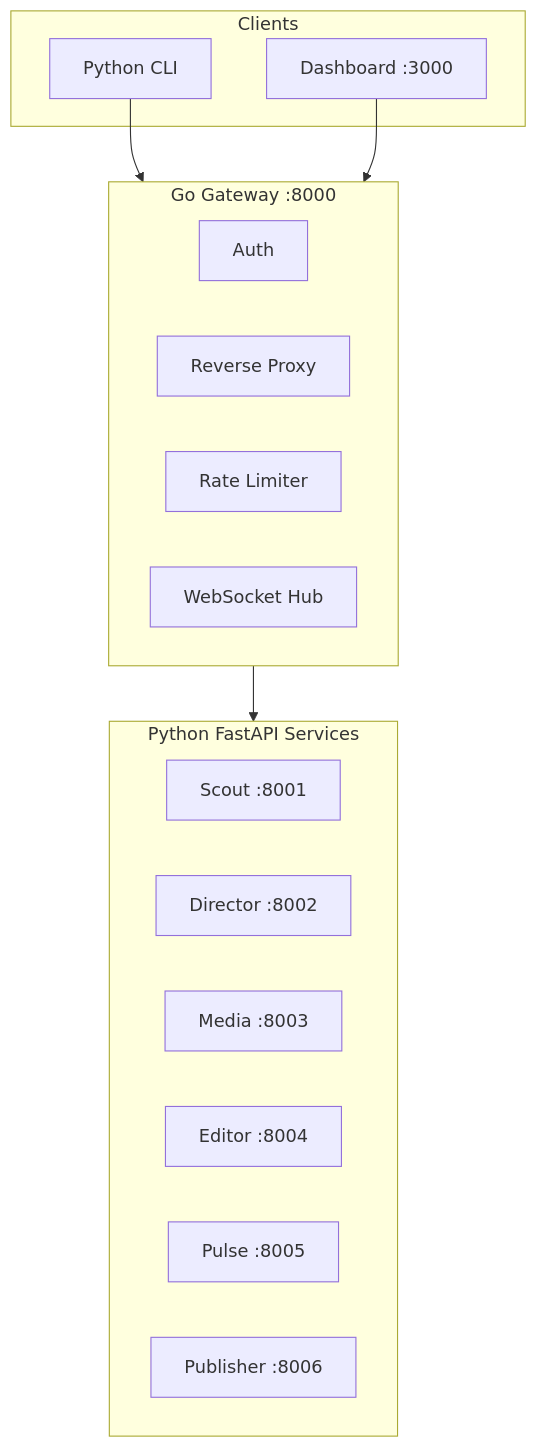
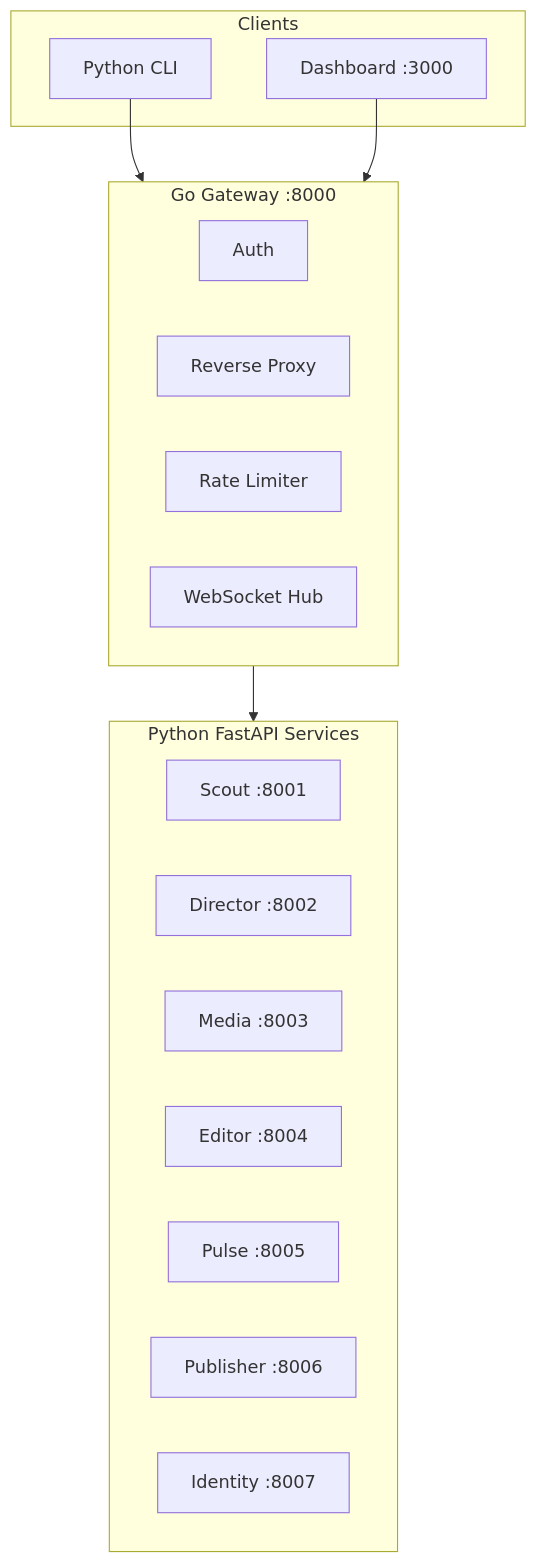
One commit to nebulae-official/orion changed the diagram in docs/services/index.md. Above: the diagram before and after it, drawn with Mermaid. The commit also changed other lines of this file and 15 other files, not shown here.

````diff
--- a/docs/services/index.md
+++ b/docs/services/index.md
@@ -9,28 +9,29 @@
 ```mermaid
 graph TB
     subgraph Gateway["Go Gateway :8000"]
         direction LR
         AUTH["Auth"]
         PROXY["Reverse Proxy"]
         RATE["Rate Limiter"]
         WSOCK["WebSocket Hub"]
     end
 
     subgraph Python["Python FastAPI Services"]
         SC["Scout :8001"]
         DR["Director :8002"]
         MD["Media :8003"]
         ED["Editor :8004"]
         PL["Pulse :8005"]
         PB["Publisher :8006"]
+        ID["Identity :8007"]
     end
 
     subgraph Clients["Clients"]
         CLI["Python CLI"]
         DASH["Dashboard :3000"]
     end
 
     CLI --> Gateway
     DASH --> Gateway
     Gateway --> Python
 ```
````
